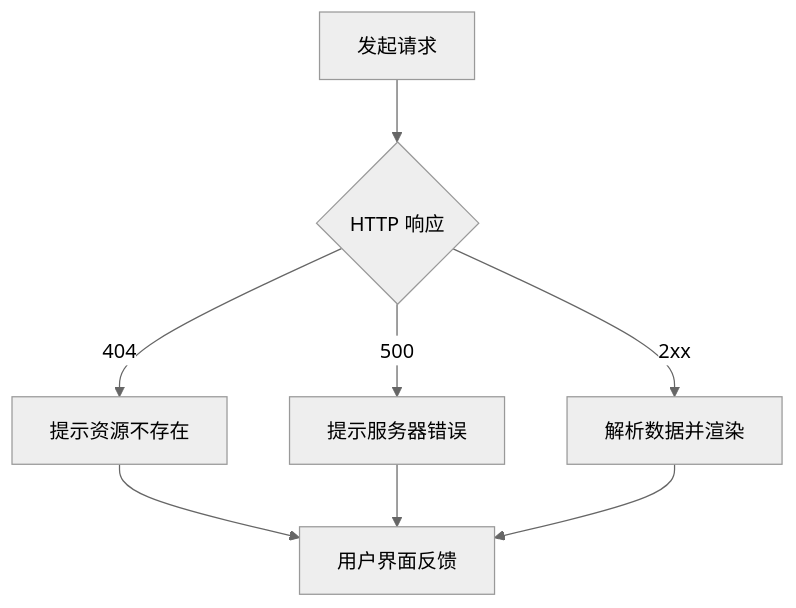
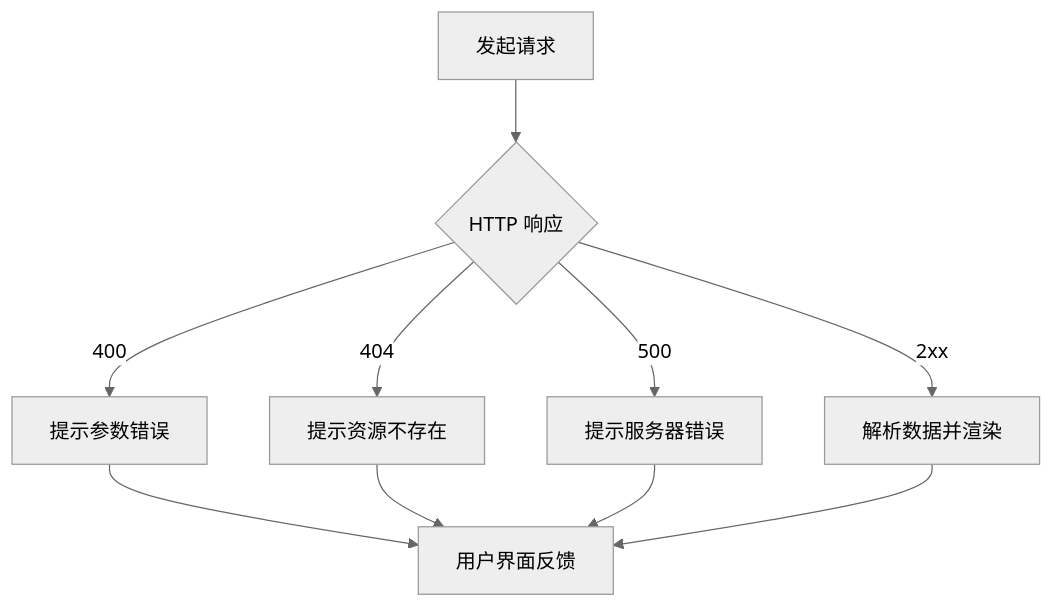
Before and after one commit to Moruime/stock_foker: diagram 12 of 12 in .qoder/repowiki/zh/content/架构设计/数据流设计.md, drawn with Mermaid (neutral theme). The commit also changed other lines of this file and 12 other files, not shown here.

````diff
--- a/.qoder/repowiki/zh/content/架构设计/数据流设计.md
+++ b/.qoder/repowiki/zh/content/架构设计/数据流设计.md
@@ -469,10 +687,12 @@
 ```mermaid
 flowchart TD
 Call["发起请求"] --> Resp{"HTTP 响应"}
 Resp --> |2xx| OK["解析数据并渲染"]
+Resp --> |400| BadReq["提示参数错误"]
 Resp --> |404| NotFound["提示资源不存在"]
 Resp --> |500| ServerErr["提示服务器错误"]
-NotFound --> UI["用户界面反馈"]
+BadReq --> UI["用户界面反馈"]
+NotFound --> UI
 ServerErr --> UI
 OK --> UI
 ```
````
